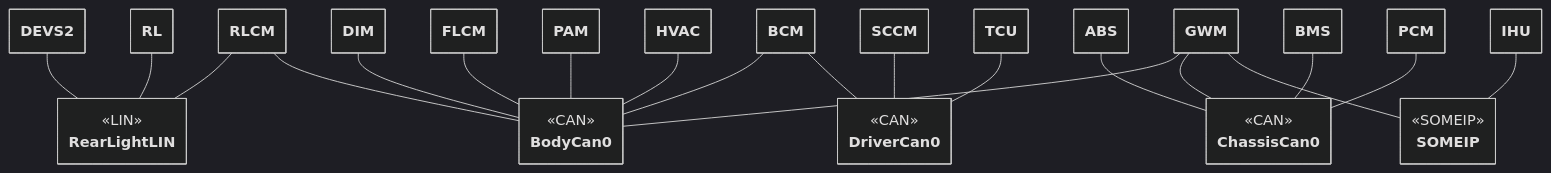
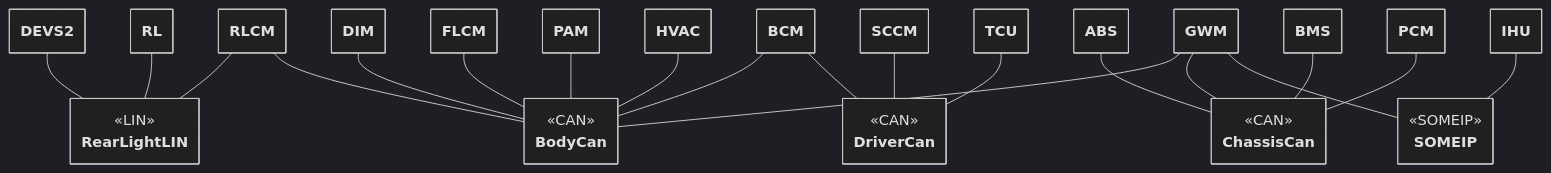
Before and after one commit to remotivelabs/remotivelabs-topology-examples: the diagram in remotive_car/DOCS.md, drawn with Mermaid (dark theme). The commit also changed 41 other files, not shown here.

````diff
--- a/remotive_car/DOCS.md
+++ b/remotive_car/DOCS.md
@@ -139,15 +139,15 @@
     class IHU {
     }
 
-    class BodyCan0 {
+    class BodyCan {
         <<CAN>>
     }
 
-    class DriverCan0 {
+    class DriverCan {
         <<CAN>>
     }
 
-    class ChassisCan0 {
+    class ChassisCan {
         <<CAN>>
     }
 
@@ -164,33 +164,33 @@
     RL -- RearLightLIN
 
     RLCM -- RearLightLIN
-    RLCM -- BodyCan0
+    RLCM -- BodyCan
 
-    ABS -- ChassisCan0
+    ABS -- ChassisCan
 
-    BMS -- ChassisCan0
+    BMS -- ChassisCan
 
-    PCM -- ChassisCan0
+    PCM -- ChassisCan
 
-    DIM -- BodyCan0
+    DIM -- BodyCan
 
-    FLCM -- BodyCan0
+    FLCM -- BodyCan
 
-    PAM -- BodyCan0
+    PAM -- BodyCan
 
-    HVAC -- BodyCan0
+    HVAC -- BodyCan
 
-    BCM -- BodyCan0
-    BCM -- DriverCan0
+    BCM -- BodyCan
+    BCM -- DriverCan
 
-    GWM -- BodyCan0
-    GWM -- ChassisCan0
+    GWM -- BodyCan
+    GWM -- ChassisCan
     GWM -- SOMEIP
 
     IHU -- SOMEIP
 
-    SCCM -- DriverCan0
+    SCCM -- DriverCan
 
-    TCU -- DriverCan0
+    TCU -- DriverCan
 
 ```
````
